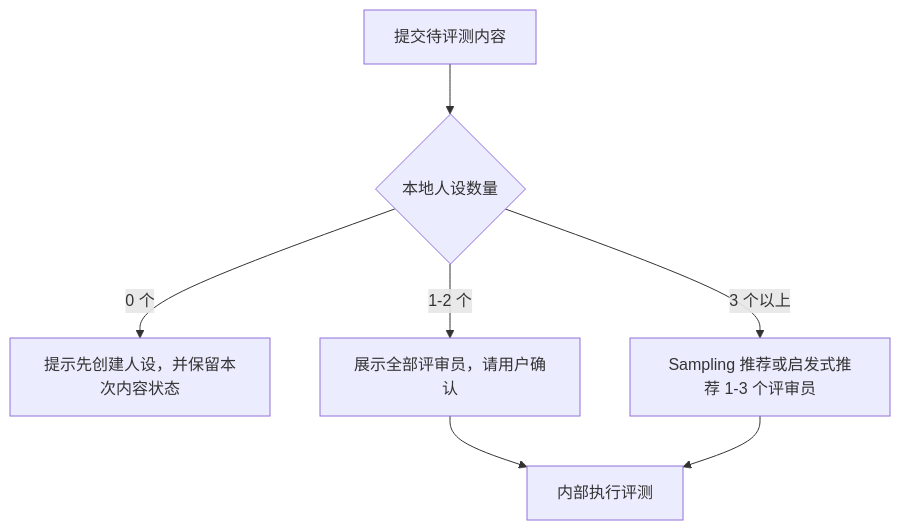
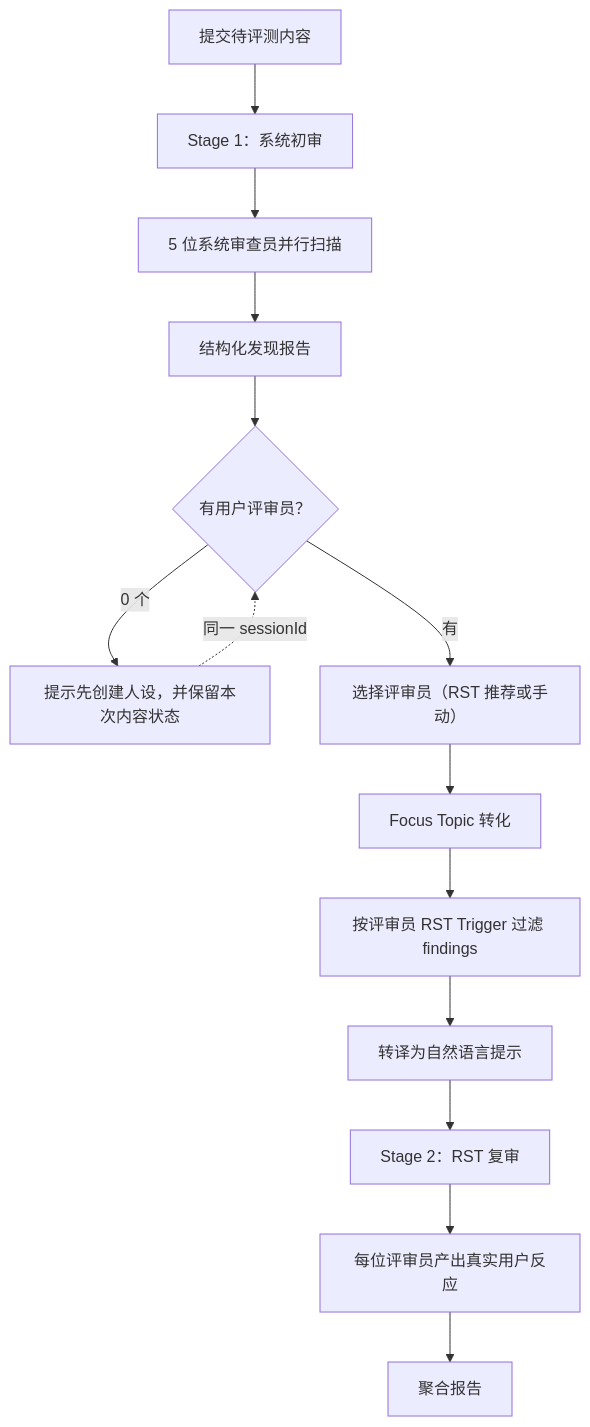
Before and after one commit to ChurzeXo/kevlar-4u: the first of 3 diagrams in README.zh.md, drawn with Mermaid. The commit also changed other lines of this file and 15 other files, not shown here.

````diff
--- a/README.zh.md
+++ b/README.zh.md
@@ -109,9 +109,16 @@
 ```mermaid
 flowchart TD
-  A["提交待评测内容"] --> B{"本地人设数量"}
-  B -->|0 个| C["提示先创建人设，并保留本次内容状态"]
-  B -->|1-2 个| D["展示全部评审员，请用户确认"]
-  B -->|3 个以上| E["Sampling 推荐或启发式推荐 1-3 个评审员"]
-  D --> F["内部执行评测"]
-  E --> F
+  A["提交待评测内容"] --> B["Stage 1：系统初审"]
+  B --> C["5 位系统审查员并行扫描"]
+  C --> D["结构化发现报告"]
+  D --> E{"有用户评审员？"}
+  E -->|0 个| F["提示先创建人设，并保留本次内容状态"]
+  F -.->|"同一 sessionId"| E
+  E -->|有| G["选择评审员（RST 推荐或手动）"]
+  G --> H["Focus Topic 转化"]
+  H --> I["按评审员 RST Trigger 过滤 findings"]
+  I --> J["转译为自然语言提示"]
+  J --> K["Stage 2：RST 复审"]
+  K --> L["每位评审员产出真实用户反应"]
+  L --> M["聚合报告"]
 ```
````
